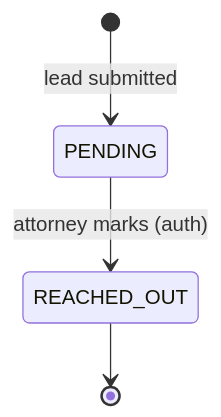
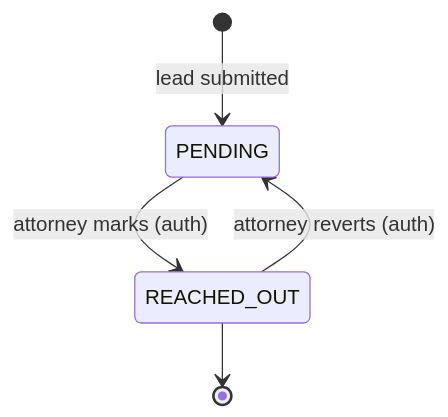
Before and after one commit to shriakhilc/leads_tracker_assignment: the second of 2 diagrams in docs/system-design.md, drawn with Mermaid. The commit also changed other lines of this file and 23 other files, not shown here.

````diff
--- a/docs/system-design.md
+++ b/docs/system-design.md
@@ -130,6 +130,7 @@
 ```mermaid
 stateDiagram-v2
     [*] --> PENDING: lead submitted
     PENDING --> REACHED_OUT: attorney marks (auth)
+    REACHED_OUT --> PENDING: attorney reverts (auth)
     REACHED_OUT --> [*]
 ```
````
